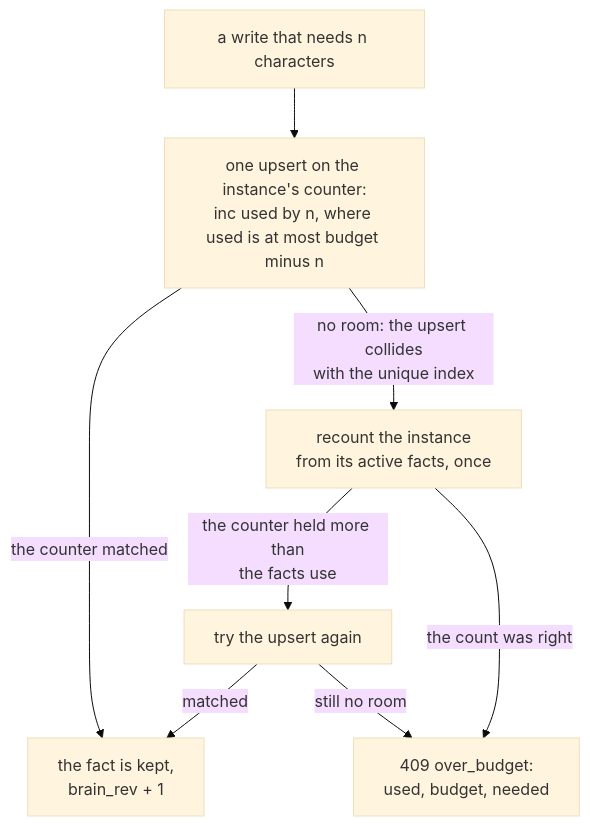
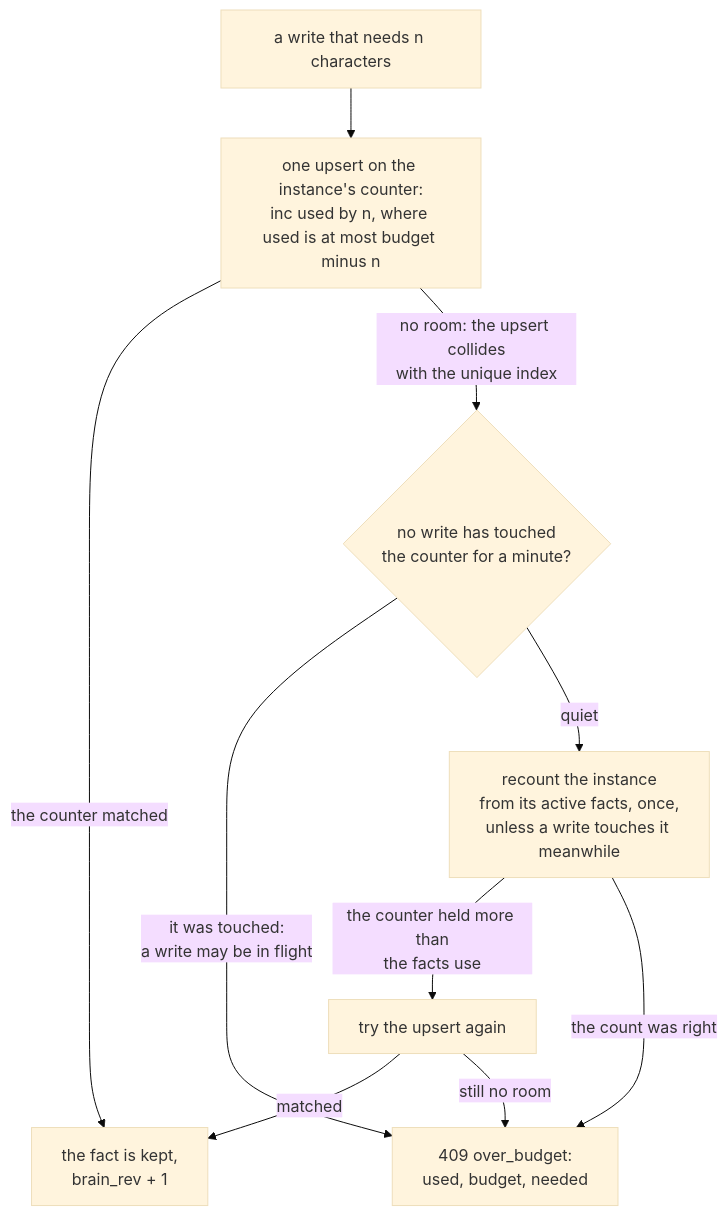
The second of 2 diagrams in docs/brain.md (gjovanov/roomler-ai), drawn with Mermaid (base theme) before and after one commit. The commit also changed other lines of this file and 3 other files, not shown here.

````diff
--- a/docs/brain.md
+++ b/docs/brain.md
@@ -72,10 +72,12 @@
 ```mermaid
 flowchart TD
     W["a write that needs n characters"] --> U["one upsert on the instance's counter:<br/>inc used by n, where used is at most budget minus n"]
     U -- "the counter matched" --> OK["the fact is kept,<br/>brain_rev + 1"]
-    U -- "no room: the upsert collides<br/>with the unique index" --> RC["recount the instance<br/>from its active facts, once"]
+    U -- "no room: the upsert collides<br/>with the unique index" --> Q{"no write has touched<br/>the counter for a minute?"}
+    Q -- "it was touched:<br/>a write may be in flight" --> R
+    Q -- "quiet" --> RC["recount the instance<br/>from its active facts, once,<br/>unless a write touches it meanwhile"]
     RC -- "the counter held more than<br/>the facts use" --> U2["try the upsert again"]
     U2 -- matched --> OK
     U2 -- "still no room" --> R
     RC -- "the count was right" --> R["409 over_budget:<br/>used, budget, needed"]
 ```
````
